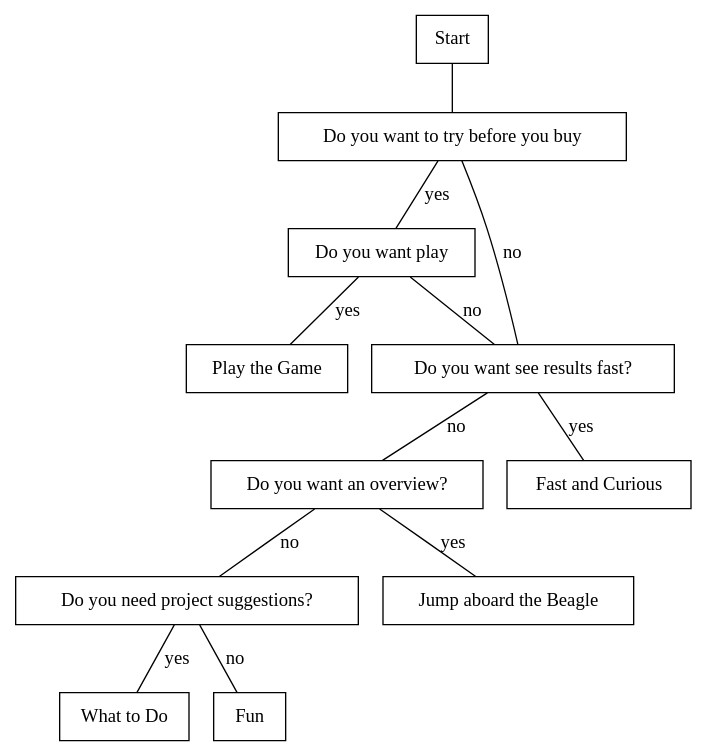
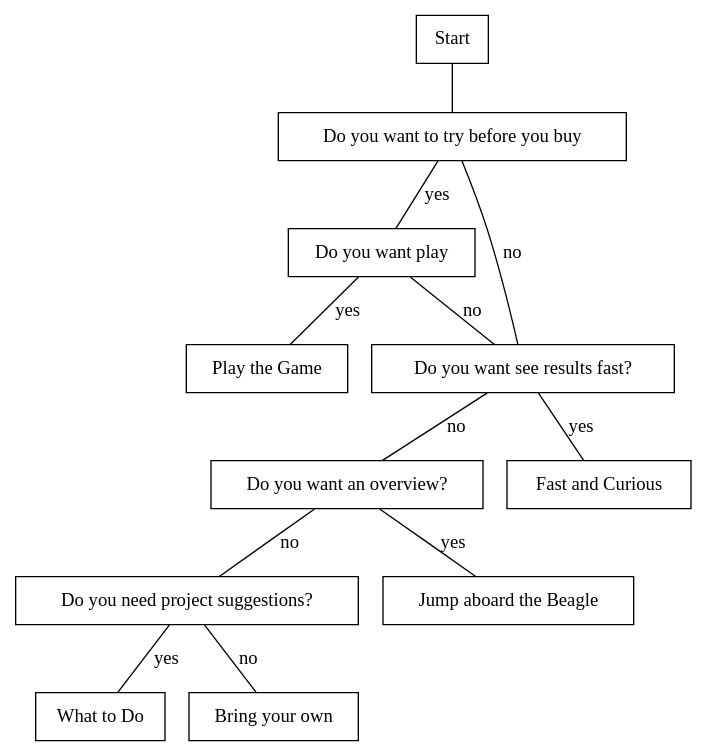
Before and after one commit to darwins-challenge/fly-me-to-the-moon: the diagram in graphviz/flowchart.dot, drawn with Graphviz. The commit also changed 1 other file, not shown here.

Commit message:
Update the flowchart
The chapter fun was renamed to bring your own

```diff
--- a/graphviz/flowchart.dot
+++ b/graphviz/flowchart.dot
@@ -1,28 +1,28 @@
 strict graph {
        node [ shape = rectangle ]
 
        start [ label = "Start" ]
        try [ label = "Do you want to try before you buy" ]
        involved [ label = "Do you want play" ]
        gofast [ label = "Do you want see results fast?" ]
        overview [ label = "Do you want an overview?" ] 
        suggestion [ label = "Do you need project suggestions?" ]
 
        beagle [ label = "Jump aboard the Beagle" ]
        play [ label = "Play the Game" ]
        fast [ label = "Fast and Curious" ]
        projects [ label = "What to Do" ]
-       fun [label = "Fun" ]
+       own [label = "Bring your own" ]
 
        start -- try
        try -- gofast [ label = "no" ]
        try -- involved [ label = "yes" ]
        involved -- gofast [ label = "no" ]
        involved -- play [ label = "yes" ]
        gofast -- fast [ label = "yes" ]
        gofast -- overview [ label = "no" ]
        overview -- beagle [ label = "yes" ]
        overview -- suggestion [ label = "no" ]
        suggestion -- projects [ label = "yes" ]
-       suggestion -- fun [ label = "no" ]
+       suggestion -- own [ label = "no" ]
 }
```
